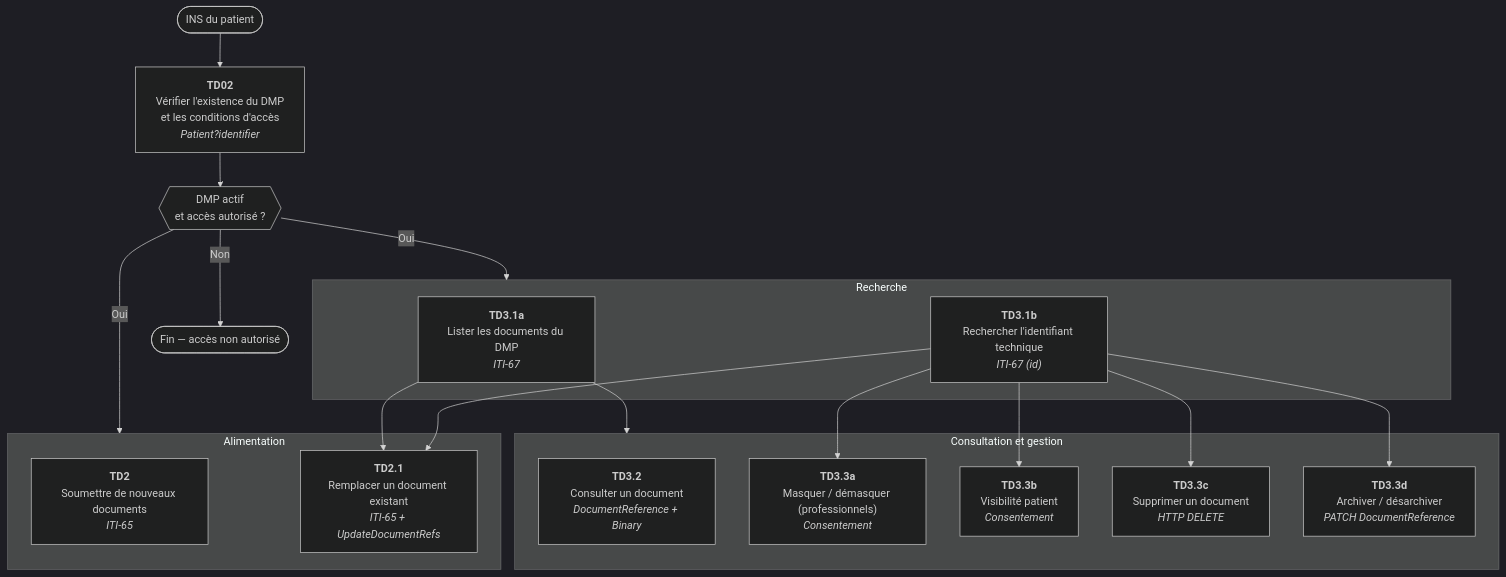
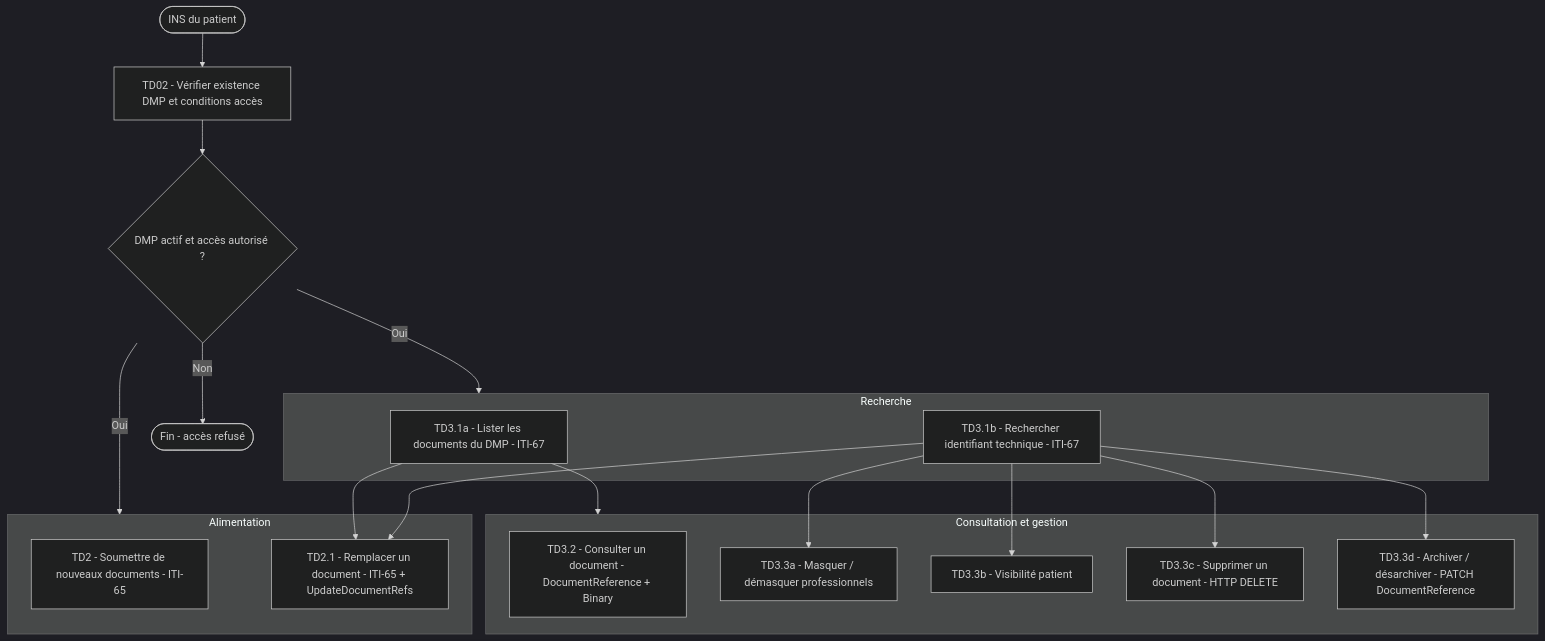
One commit to ansforge/IG-FHIR-PDSM4DMP-EEDS changed the diagram in input/pagecontent/construction_des_flux.md. Above: the diagram before and after it, drawn with Mermaid (dark theme).

Commit message:
fix: correction syntaxe Mermaid du diagramme de flux
Supprime les balises HTML (<b>, <i>, <br/>) et le noeud hexagone
{{...}} incompatibles avec le rendu Mermaid 11 du template ANS.

````diff
--- a/input/pagecontent/construction_des_flux.md
+++ b/input/pagecontent/construction_des_flux.md
@@ -16,40 +16,38 @@
 ```mermaid
 flowchart TD
     INS(["INS du patient"])
-
-    TD02["<b>TD02</b><br/>Vérifier l'existence du DMP<br/>et les conditions d'accès<br/><i>Patient?identifier</i>"]
-
-    DMP_ACTIF{{"DMP actif\net accès autorisé ?"}}
-    FIN(["Fin — accès non autorisé"])
+    TD02["TD02 - Vérifier existence DMP et conditions accès"]
+    DMP_ACTIF{"DMP actif et accès autorisé ?"}
+    FIN(["Fin - accès refusé"])
 
     subgraph ALIM["Alimentation"]
-        TD2["<b>TD2</b><br/>Soumettre de nouveaux documents<br/><i>ITI-65</i>"]
-        TD21["<b>TD2.1</b><br/>Remplacer un document existant<br/><i>ITI-65 + UpdateDocumentRefs</i>"]
+        TD2["TD2 - Soumettre de nouveaux documents - ITI-65"]
+        TD21["TD2.1 - Remplacer un document - ITI-65 + UpdateDocumentRefs"]
     end
 
     subgraph RECH["Recherche"]
-        TD31a["<b>TD3.1a</b><br/>Lister les documents du DMP<br/><i>ITI-67</i>"]
-        TD31b["<b>TD3.1b</b><br/>Rechercher l'identifiant technique<br/><i>ITI-67 (id)</i>"]
+        TD31a["TD3.1a - Lister les documents du DMP - ITI-67"]
+        TD31b["TD3.1b - Rechercher identifiant technique - ITI-67"]
     end
 
     subgraph GEST["Consultation et gestion"]
-        TD32["<b>TD3.2</b><br/>Consulter un document<br/><i>DocumentReference + Binary</i>"]
-        TD33a["<b>TD3.3a</b><br/>Masquer / démasquer (professionnels)<br/><i>Consentement</i>"]
-        TD33b["<b>TD3.3b</b><br/>Visibilité patient<br/><i>Consentement</i>"]
-        TD33c["<b>TD3.3c</b><br/>Supprimer un document<br/><i>HTTP DELETE</i>"]
-        TD33d["<b>TD3.3d</b><br/>Archiver / désarchiver<br/><i>PATCH DocumentReference</i>"]
+        TD32["TD3.2 - Consulter un document - DocumentReference + Binary"]
+        TD33a["TD3.3a - Masquer / démasquer professionnels"]
+        TD33b["TD3.3b - Visibilité patient"]
+        TD33c["TD3.3c - Supprimer un document - HTTP DELETE"]
+        TD33d["TD3.3d - Archiver / désarchiver - PATCH DocumentReference"]
     end
 
     INS --> TD02
     TD02 --> DMP_ACTIF
     DMP_ACTIF -- "Non" --> FIN
     DMP_ACTIF -- "Oui" --> ALIM
     DMP_ACTIF -- "Oui" --> RECH
     TD31a --> GEST
     TD31b --> TD33a
     TD31b --> TD33b
     TD31b --> TD33c
     TD31b --> TD33d
     TD31a --> TD21
     TD31b --> TD21
 ```
````
